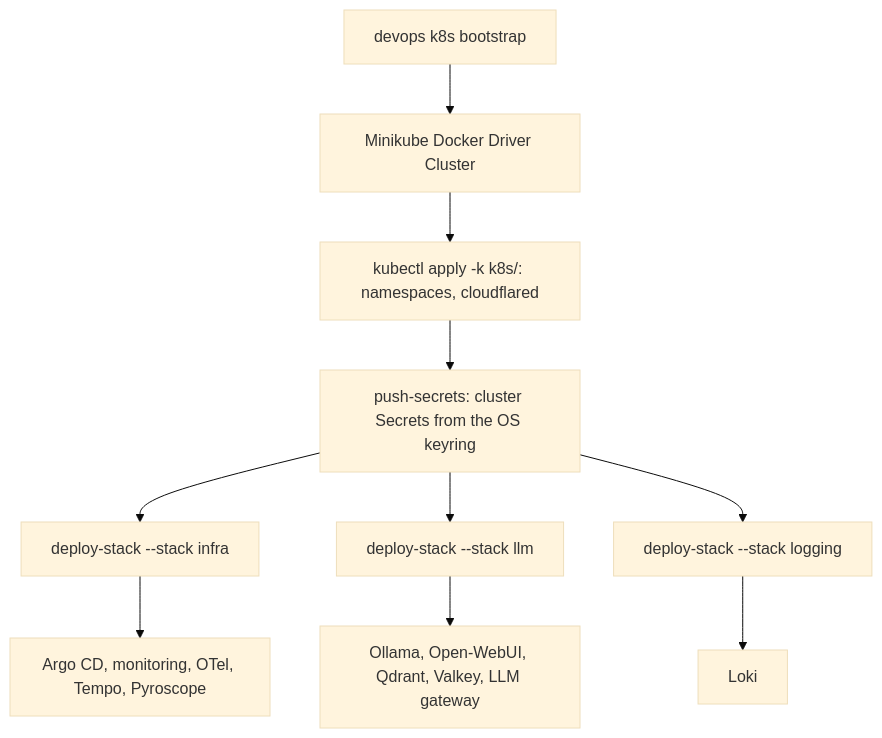
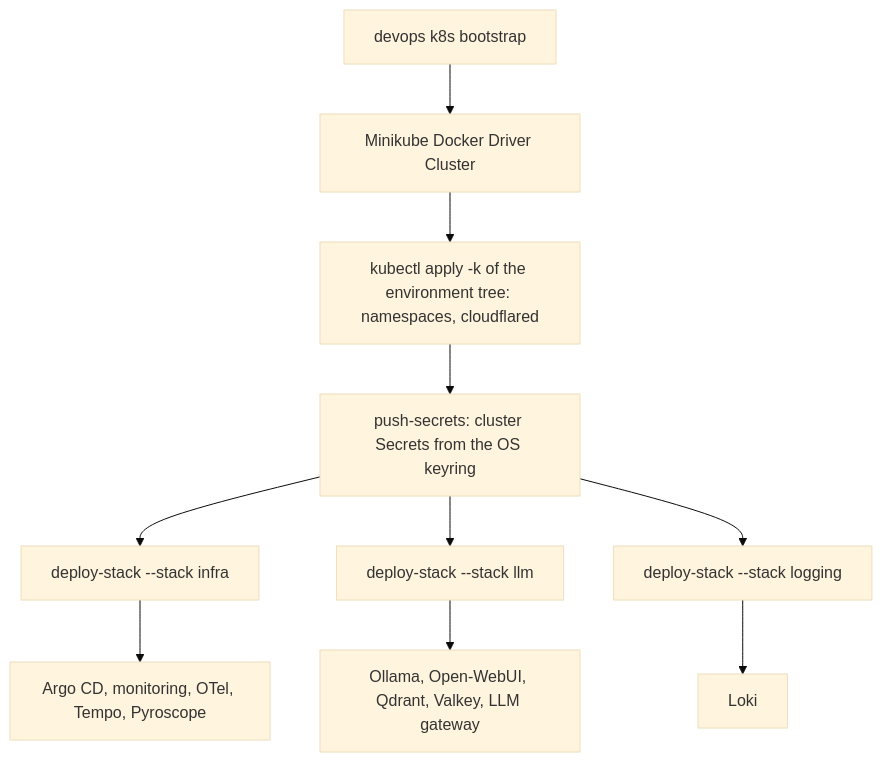
One commit to dan-petty/devops-cli changed the diagram in src/devops_cli/ai/knowledge_base/devops_cli/tasks/k8s_stack_deployment.md. Above: the diagram before and after it, drawn with Mermaid (base theme). The commit also changed other lines of this file and 502 other files, not shown here.

````diff
--- a/src/devops_cli/ai/knowledge_base/devops_cli/tasks/k8s_stack_deployment.md
+++ b/src/devops_cli/ai/knowledge_base/devops_cli/tasks/k8s_stack_deployment.md
@@ -24,12 +26,12 @@
 ```mermaid
 graph TD
     A[devops k8s bootstrap] --> B[Minikube Docker Driver Cluster]
-    B --> N[kubectl apply -k k8s/: namespaces, cloudflared]
+    B --> N[kubectl apply -k of the environment tree: namespaces, cloudflared]
     N --> S[push-secrets: cluster Secrets from the OS keyring]
     S --> C[deploy-stack --stack infra]
     S --> D[deploy-stack --stack llm]
     S --> E[deploy-stack --stack logging]
     C --> F[Argo CD, monitoring, OTel, Tempo, Pyroscope]
     D --> G[Ollama, Open-WebUI, Qdrant, Valkey, LLM gateway]
     E --> H[Loki]
 ```
````
